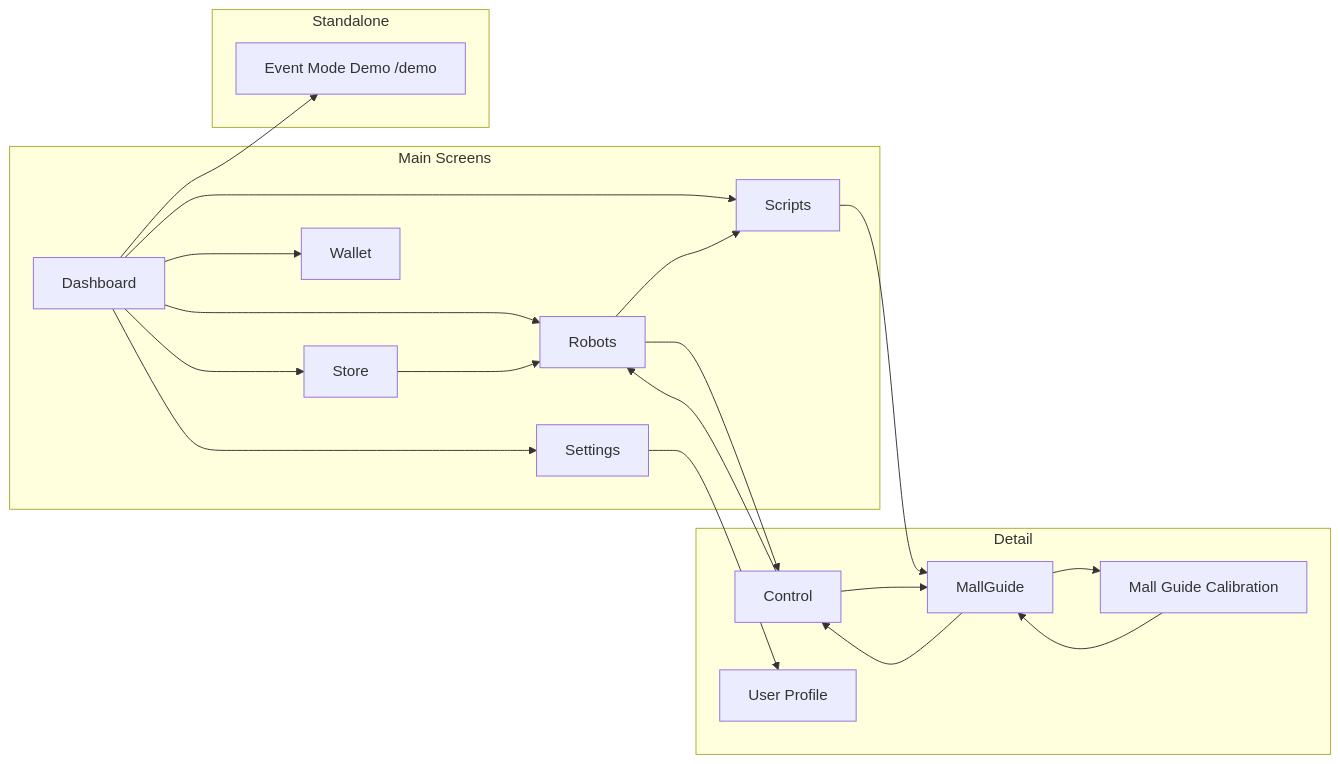
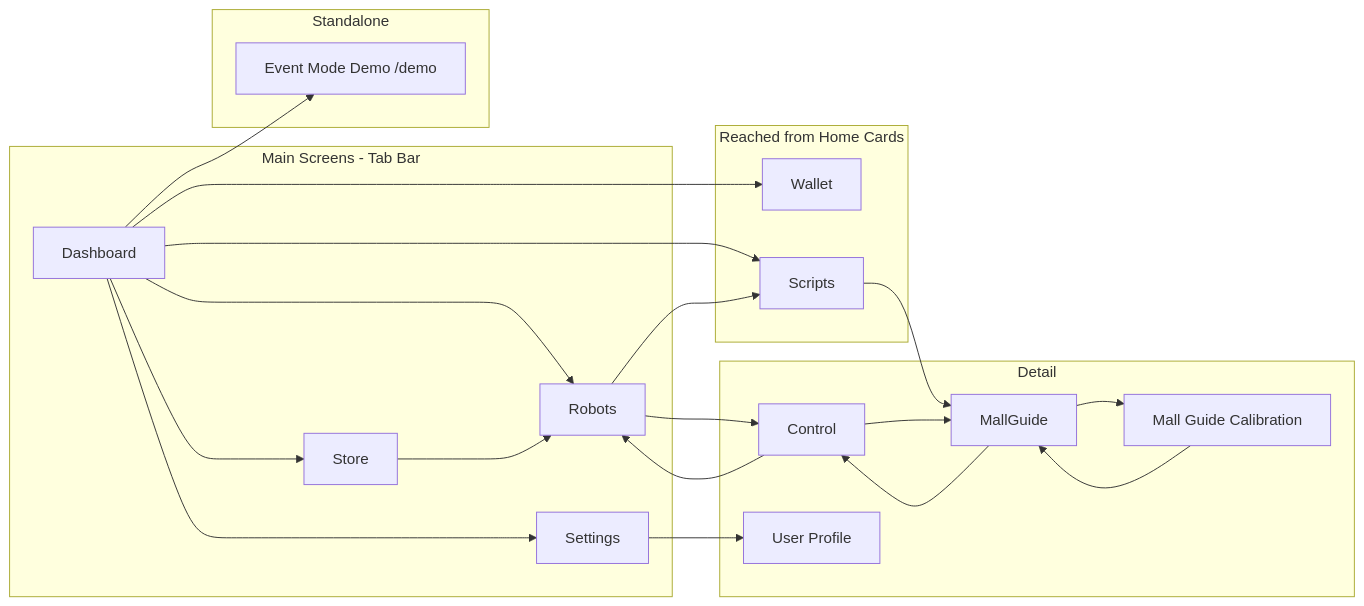
Before and after one commit to Saitosar/sai-aurosy-telegram-mini-app: the second of 2 diagrams in docs/ux/screen-map.md, drawn with Mermaid. The commit also changed other lines of this file and 10 other files, not shown here.

````diff
--- a/docs/ux/screen-map.md
+++ b/docs/ux/screen-map.md
@@ -133,36 +140,39 @@
 ```mermaid
 flowchart LR
-    subgraph Main [Main Screens]
+    subgraph Main [Main Screens - Tab Bar]
         Dashboard
         Robots
         Store
+        Settings
+    end
+
+    subgraph HomeOnly [Reached from Home Cards]
         Wallet
         Scripts
-        Settings
     end
     subgraph Detail [Detail]
         Control
         MallGuide
         MallGuideCal[Mall Guide Calibration]
         UserProfile[User Profile]
     end
     Settings --> UserProfile
     subgraph Standalone [Standalone]
         Demo[Event Mode Demo /demo]
     end
     Dashboard --> Robots
     Dashboard --> Store
+    Dashboard --> Settings
     Dashboard --> Wallet
     Dashboard --> Scripts
-    Dashboard --> Settings
     Dashboard --> Demo
     Robots --> Control
     Robots --> Scripts
     Scripts --> MallGuide
     MallGuide --> MallGuideCal
     MallGuideCal --> MallGuide
     MallGuide --> Control
     Control --> Robots
     Control --> MallGuide
     Store --> Robots
 ```
````
